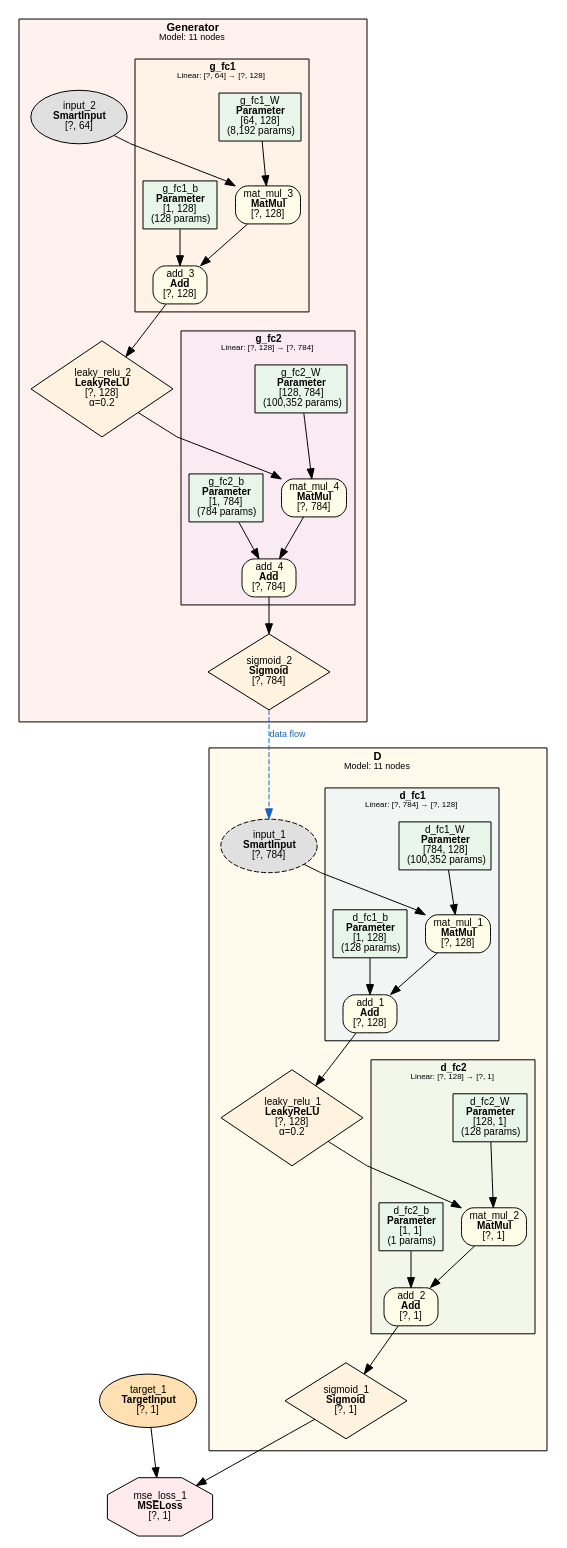
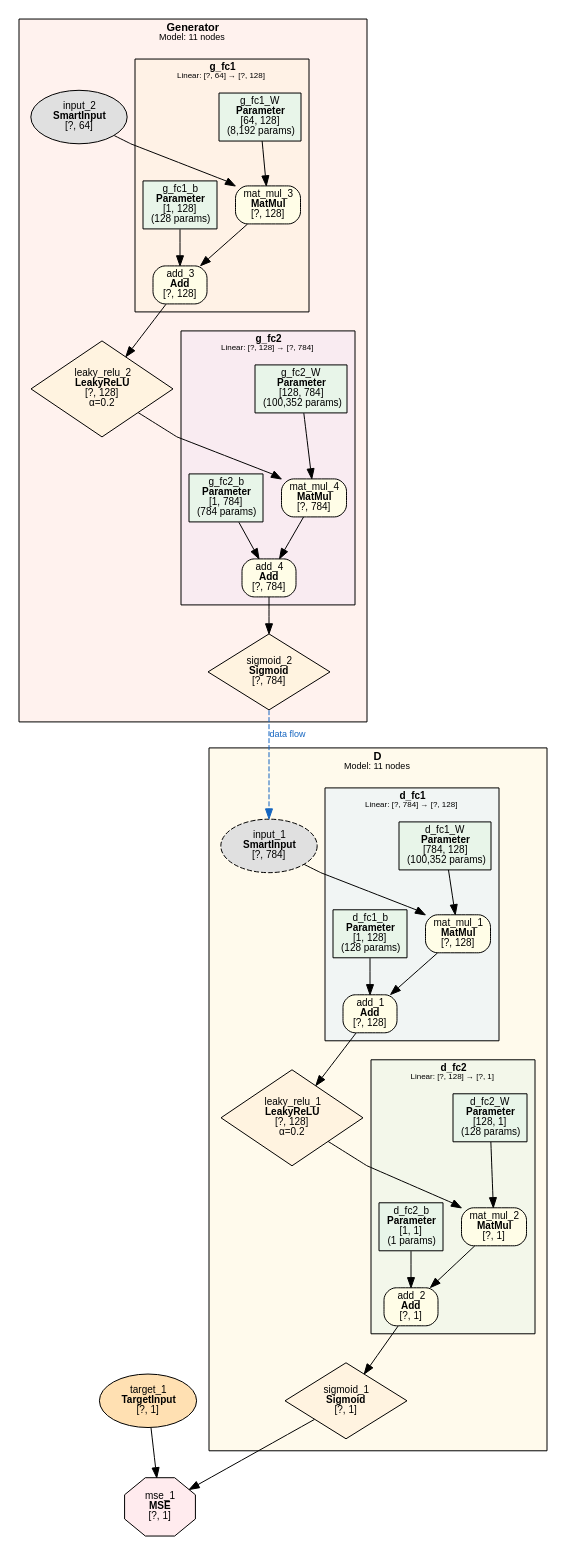
Before and after one commit to dbsxdbsx/only_torch: the diagram in examples/mnist_gan/mnist_gan.dot, drawn with Graphviz. The commit also changed 30 other files, not shown here.

First line of the commit message:
refactor: 统一底层损失节点命名（MSELoss → MSE）

```diff
--- a/examples/mnist_gan/mnist_gan.dot
+++ b/examples/mnist_gan/mnist_gan.dot
@@ -1,106 +1,106 @@
 digraph Model {
     rankdir=TB;
     newrank=true;
     splines=polyline;
     node [fontname="Microsoft YaHei,SimHei,Arial"];
     edge [fontname="Microsoft YaHei,SimHei,Arial"];
 
     subgraph cluster_D {
         label=<<B>D</B><BR/><FONT POINT-SIZE="9">Model: 11 nodes</FONT>>;
         style=filled;
         fillcolor="#FFECB340";
         fontname="Microsoft YaHei,SimHei,Arial";
         fontsize=11;
         margin=12;
         subgraph cluster_D_d_fc1 {
             label=<<B>d_fc1</B><BR/><FONT POINT-SIZE="8">Linear: [?, 784] → [?, 128]</FONT>>;
             style=filled;
             fillcolor="#E3F2FD80";
             fontname="Microsoft YaHei,SimHei,Arial";
             fontsize=10;
             margin=8;
             "5" [label=<d_fc1_W<BR/><B>Parameter</B><BR/>[784, 128]<BR/>(100,352 params)> shape=box style=filled fillcolor="#E8F5E9" fontsize=10];
             "6" [label=<d_fc1_b<BR/><B>Parameter</B><BR/>[1, 128]<BR/>(128 params)> shape=box style=filled fillcolor="#E8F5E9" fontsize=10];
             "10" [label=<mat_mul_1<BR/><B>MatMul</B><BR/>[?, 128]> shape=box style="filled,rounded" fillcolor="#FFFDE7" fontsize=10];
             "11" [label=<add_1<BR/><B>Add</B><BR/>[?, 128]> shape=box style="filled,rounded" fillcolor="#FFFDE7" fontsize=10];
         }
         subgraph cluster_D_d_fc2 {
             label=<<B>d_fc2</B><BR/><FONT POINT-SIZE="8">Linear: [?, 128] → [?, 1]</FONT>>;
             style=filled;
             fillcolor="#E8F5E980";
             fontname="Microsoft YaHei,SimHei,Arial";
             fontsize=10;
             margin=8;
             "7" [label=<d_fc2_W<BR/><B>Parameter</B><BR/>[128, 1]<BR/>(128 params)> shape=box style=filled fillcolor="#E8F5E9" fontsize=10];
             "8" [label=<d_fc2_b<BR/><B>Parameter</B><BR/>[1, 1]<BR/>(1 params)> shape=box style=filled fillcolor="#E8F5E9" fontsize=10];
             "13" [label=<mat_mul_2<BR/><B>MatMul</B><BR/>[?, 1]> shape=box style="filled,rounded" fillcolor="#FFFDE7" fontsize=10];
             "14" [label=<add_2<BR/><B>Add</B><BR/>[?, 1]> shape=box style="filled,rounded" fillcolor="#FFFDE7" fontsize=10];
         }
             "9" [label=<input_1<BR/><B>SmartInput</B><BR/>[?, 784]> shape=ellipse style="filled,dashed" fillcolor="#E0E0E0" fontsize=10];
             "12" [label=<leaky_relu_1<BR/><B>LeakyReLU</B><BR/>[?, 128]<BR/>α=0.2> shape=diamond style=filled fillcolor="#FFF3E0" fontsize=10];
             "15" [label=<sigmoid_1<BR/><B>Sigmoid</B><BR/>[?, 1]> shape=diamond style=filled fillcolor="#FFF3E0" fontsize=10];
     }
 
     subgraph cluster_Generator {
         label=<<B>Generator</B><BR/><FONT POINT-SIZE="9">Model: 11 nodes</FONT>>;
         style=filled;
         fillcolor="#FFCCBC40";
         fontname="Microsoft YaHei,SimHei,Arial";
         fontsize=11;
         margin=12;
         subgraph cluster_Generator_g_fc1 {
             label=<<B>g_fc1</B><BR/><FONT POINT-SIZE="8">Linear: [?, 64] → [?, 128]</FONT>>;
             style=filled;
             fillcolor="#FFF3E080";
             fontname="Microsoft YaHei,SimHei,Arial";
             fontsize=10;
             margin=8;
             "1" [label=<g_fc1_W<BR/><B>Parameter</B><BR/>[64, 128]<BR/>(8,192 params)> shape=box style=filled fillcolor="#E8F5E9" fontsize=10];
             "2" [label=<g_fc1_b<BR/><B>Parameter</B><BR/>[1, 128]<BR/>(128 params)> shape=box style=filled fillcolor="#E8F5E9" fontsize=10];
             "19" [label=<mat_mul_3<BR/><B>MatMul</B><BR/>[?, 128]> shape=box style="filled,rounded" fillcolor="#FFFDE7" fontsize=10];
             "20" [label=<add_3<BR/><B>Add</B><BR/>[?, 128]> shape=box style="filled,rounded" fillcolor="#FFFDE7" fontsize=10];
         }
         subgraph cluster_Generator_g_fc2 {
             label=<<B>g_fc2</B><BR/><FONT POINT-SIZE="8">Linear: [?, 128] → [?, 784]</FONT>>;
             style=filled;
             fillcolor="#F3E5F580";
             fontname="Microsoft YaHei,SimHei,Arial";
             fontsize=10;
             margin=8;
             "3" [label=<g_fc2_W<BR/><B>Parameter</B><BR/>[128, 784]<BR/>(100,352 params)> shape=box style=filled fillcolor="#E8F5E9" fontsize=10];
             "4" [label=<g_fc2_b<BR/><B>Parameter</B><BR/>[1, 784]<BR/>(784 params)> shape=box style=filled fillcolor="#E8F5E9" fontsize=10];
             "22" [label=<mat_mul_4<BR/><B>MatMul</B><BR/>[?, 784]> shape=box style="filled,rounded" fillcolor="#FFFDE7" fontsize=10];
             "23" [label=<add_4<BR/><B>Add</B><BR/>[?, 784]> shape=box style="filled,rounded" fillcolor="#FFFDE7" fontsize=10];
         }
             "18" [label=<input_2<BR/><B>SmartInput</B><BR/>[?, 64]> shape=ellipse style=filled fillcolor="#E0E0E0" fontsize=10];
             "21" [label=<leaky_relu_2<BR/><B>LeakyReLU</B><BR/>[?, 128]<BR/>α=0.2> shape=diamond style=filled fillcolor="#FFF3E0" fontsize=10];
             "24" [label=<sigmoid_2<BR/><B>Sigmoid</B><BR/>[?, 784]> shape=diamond style=filled fillcolor="#FFF3E0" fontsize=10];
     }
 
     "16" [label=<target_1<BR/><B>TargetInput</B><BR/>[?, 1]> shape=ellipse style=filled fillcolor="#FFE0B2" fontsize=10];
-    "17" [label=<mse_loss_1<BR/><B>MSELoss</B><BR/>[?, 1]> shape=octagon style=filled fillcolor="#FFEBEE" fontsize=10];
+    "17" [label=<mse_1<BR/><B>MSE</B><BR/>[?, 1]> shape=octagon style=filled fillcolor="#FFEBEE" fontsize=10];
 
     "9" -> "10";
     "5" -> "10";
     "10" -> "11";
     "6" -> "11";
     "11" -> "12";
     "12" -> "13";
     "7" -> "13";
     "13" -> "14";
     "8" -> "14";
     "14" -> "15";
     "15" -> "17";
     "16" -> "17";
     "18" -> "19";
     "1" -> "19";
     "19" -> "20";
     "2" -> "20";
     "20" -> "21";
     "21" -> "22";
     "3" -> "22";
     "22" -> "23";
     "4" -> "23";
     "23" -> "24";
     "24" -> "9" [style=dashed color="#1565C0" label="data flow" fontcolor="#1565C0" fontsize=9];
 }
```
